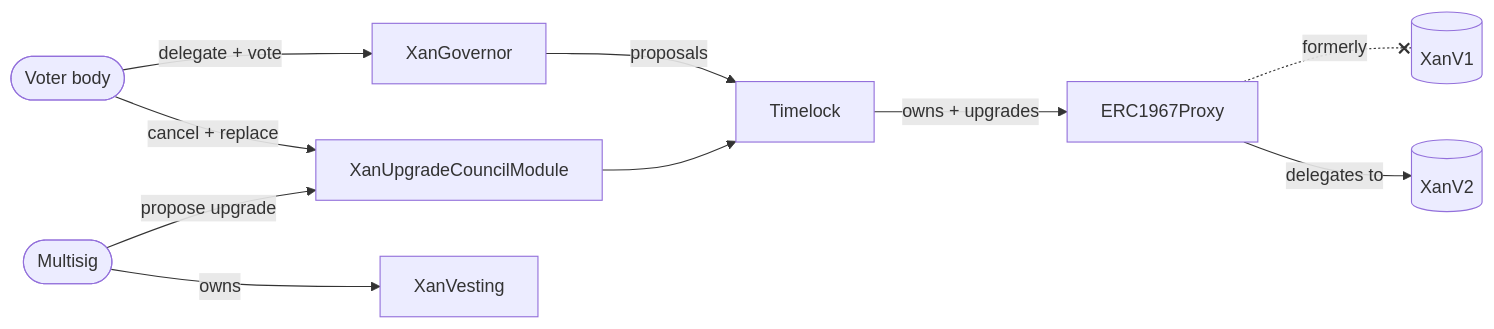
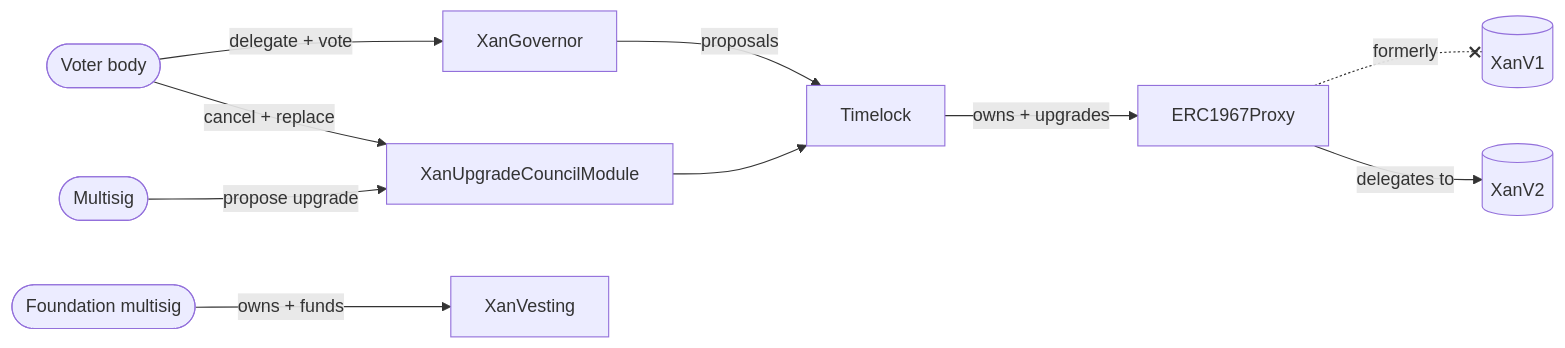
Before and after one commit to anoma/token: the diagram in CONTEXT.md, drawn with Mermaid. The commit also changed other lines of this file and 4 other files, not shown here.

````diff
--- a/CONTEXT.md
+++ b/CONTEXT.md
@@ -9,23 +9,24 @@
 ```mermaid
 flowchart LR
     voters([Voter body])
     gov[XanGovernor]
     multisig([Multisig])
     module[XanUpgradeCouncilModule]
     timelock[Timelock]
     proxy[ERC1967Proxy]
     tokenV1[(XanV1)]
     token[(XanV2)]
     vesting[XanVesting]
+    foundation([Foundation multisig])
 
     voters -->|delegate + vote| gov
     gov -->|proposals| timelock
     multisig -->|propose upgrade| module
     module --> timelock
     timelock -->|owns + upgrades| proxy
     proxy -. formerly .-x tokenV1
     proxy -->|delegates to| token
 
     voters -->|cancel + replace| module
-    multisig -->|owns| vesting
+    foundation -->|owns + funds| vesting
 ```
````
